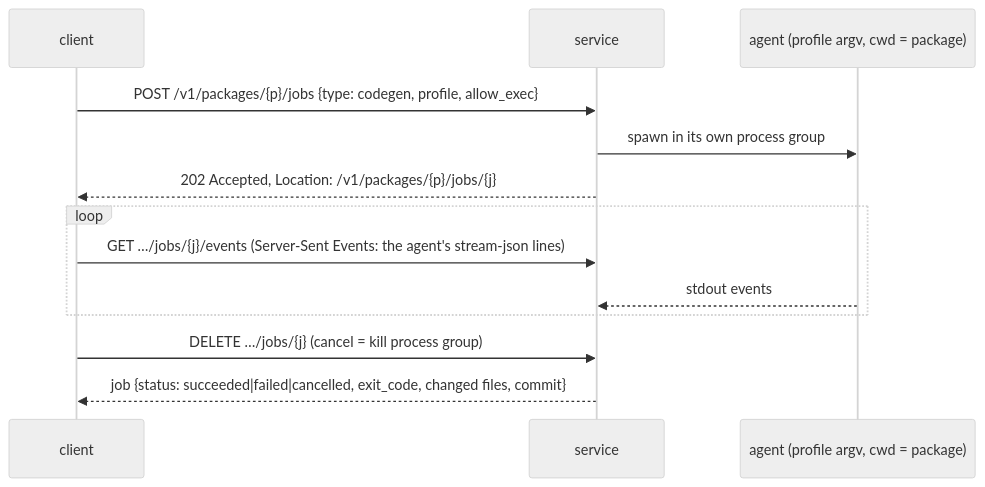
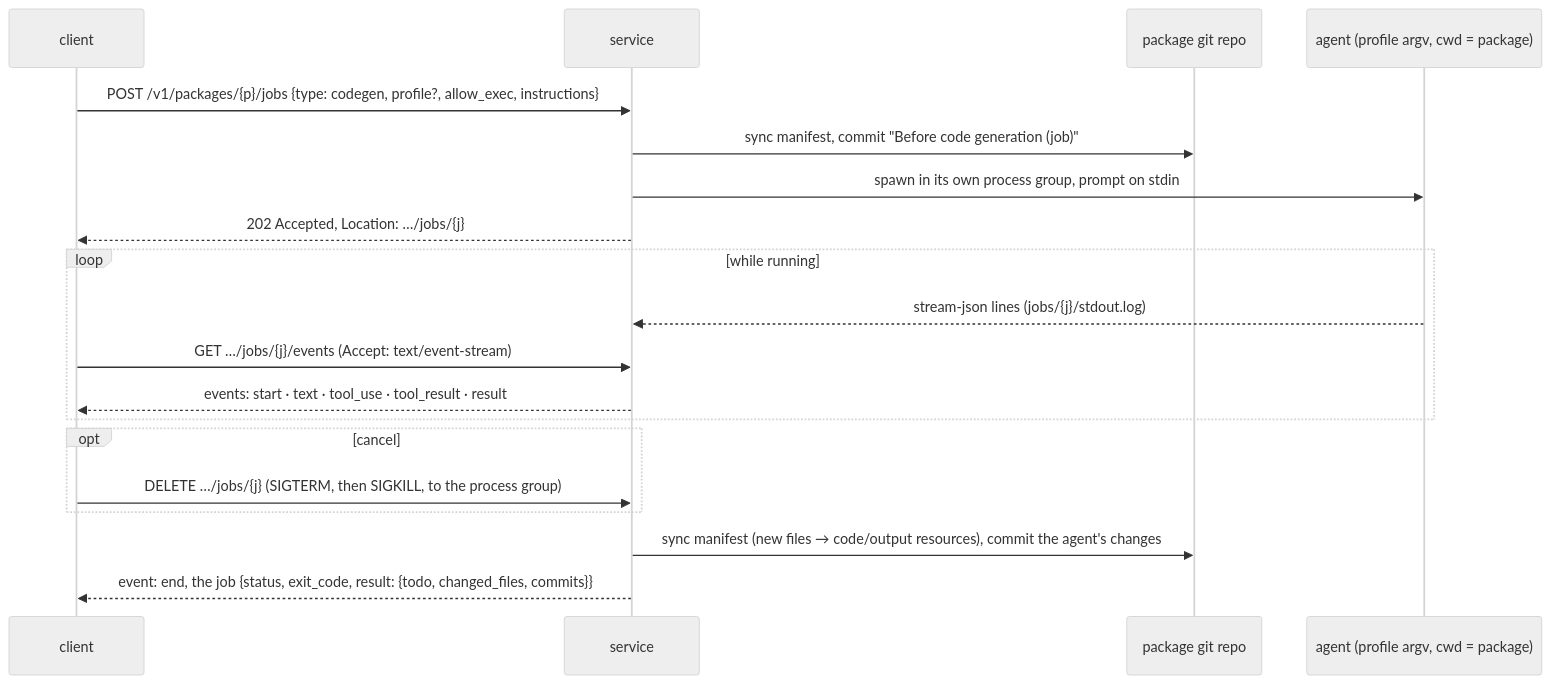
The third of 3 diagrams in docs/design.md (forrtproject/reprocrowd-app), drawn with Mermaid (neutral theme) before and after one commit. The commit also changed other lines of this file and 30 other files, not shown here.

First line of the commit message:
Code generation as an asynchronous job with live progress

````diff
--- a/docs/design.md
+++ b/docs/design.md
@@ -316,15 +326,21 @@
 ```mermaid
 sequenceDiagram
   participant C as client
   participant S as service
+  participant G as package git repo
   participant A as agent (profile argv, cwd = package)
-  C->>S: POST /v1/packages/{p}/jobs {type: codegen, profile, allow_exec}
-  S->>A: spawn in its own process group
-  S-->>C: 202 Accepted, Location: /v1/packages/{p}/jobs/{j}
-  loop
-    C->>S: GET …/jobs/{j}/events (Server-Sent Events: the agent's stream-json lines)
-    A-->>S: stdout events
+  C->>S: POST /v1/packages/{p}/jobs {type: codegen, profile?, allow_exec, instructions}
+  S->>G: sync manifest, commit "Before code generation (job)"
+  S->>A: spawn in its own process group, prompt on stdin
+  S-->>C: 202 Accepted, Location: …/jobs/{j}
+  loop while running
+    A-->>S: stream-json lines (jobs/{j}/stdout.log)
+    C->>S: GET …/jobs/{j}/events (Accept: text/event-stream)
+    S-->>C: events: start · text · tool_use · tool_result · result
   end
-  C->>S: DELETE …/jobs/{j} (cancel = kill process group)
-  S-->>C: job {status: succeeded|failed|cancelled, exit_code, changed files, commit}
+  opt cancel
+    C->>S: DELETE …/jobs/{j} (SIGTERM, then SIGKILL, to the process group)
+  end
+  S->>G: sync manifest (new files → code/output resources), commit the agent's changes
+  S-->>C: event: end, the job {status, exit_code, result: {todo, changed_files, commits}}
 ```
````
